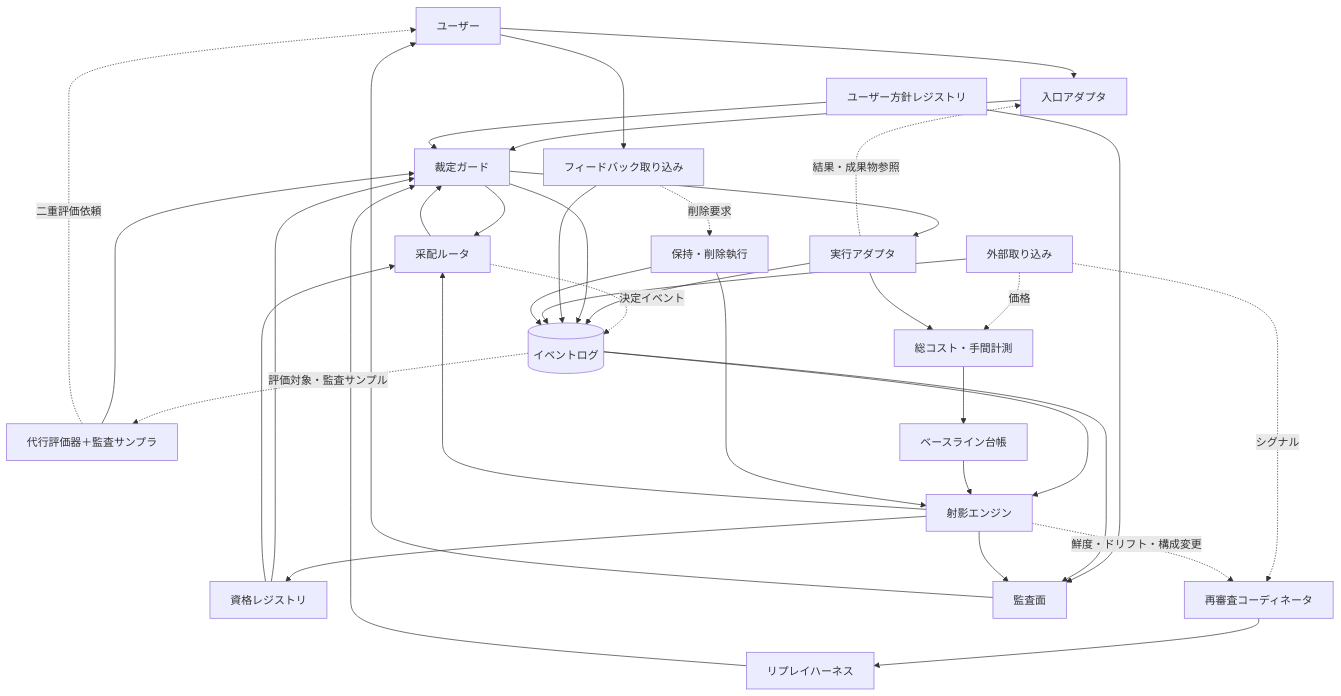
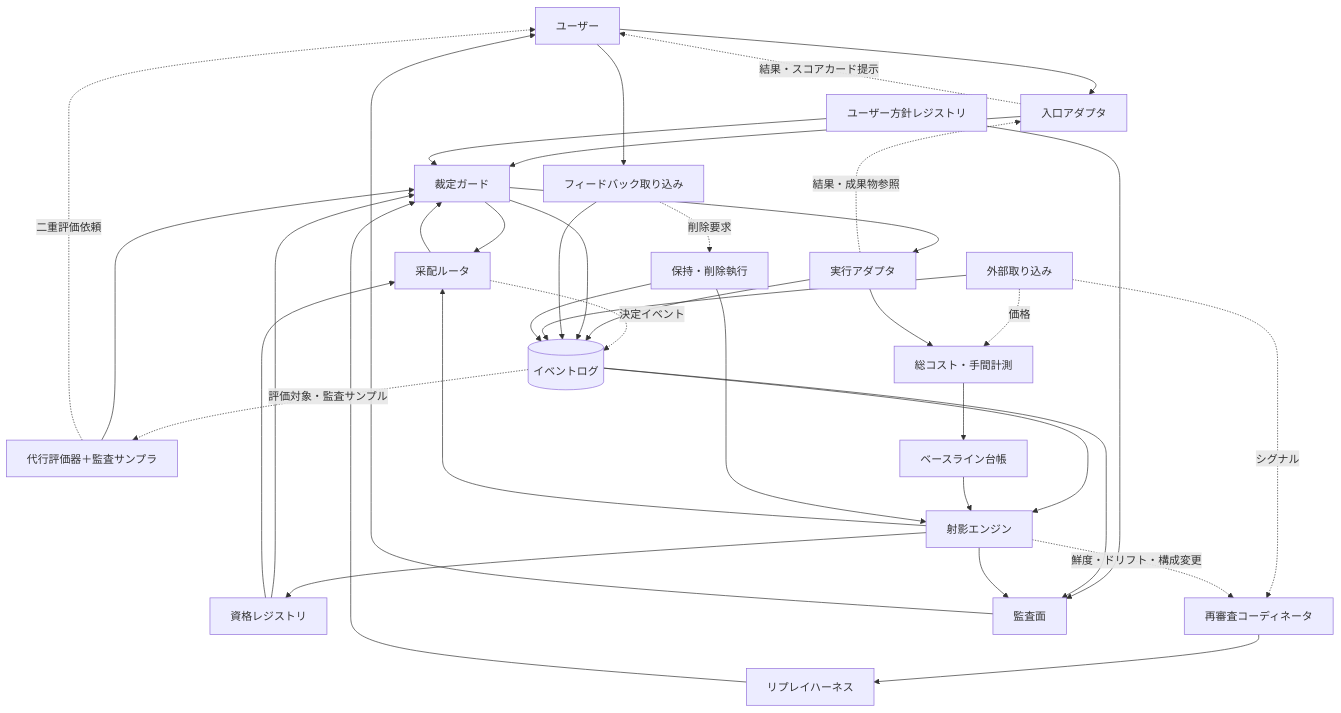
One commit to megumish/agent-dock changed the diagram in DESIGN.md. Above: the diagram before and after it, drawn with Mermaid. The commit also changed other lines of this file and 1 other file, not shown here.

````diff
--- a/DESIGN.md
+++ b/DESIGN.md
@@ -43,39 +43,40 @@
 ```mermaid
 graph TD
     U[ユーザー] --> E[入口アダプタ]
     U --> FB[フィードバック取り込み]
     E --> G[裁定ガード]
     G --> R[采配ルータ]
     R --> G
     R -. 決定イベント .-> LOG
     G --> RUN[実行アダプタ]
     RUN -. 結果・成果物参照 .-> E
+    E -. 結果・スコアカード提示 .-> U
     RUN --> LOG[(イベントログ)]
     G --> LOG
     UP[ユーザー方針レジストリ] --> G
     QR[資格レジストリ] --> G
     FB --> LOG
     FB -. 削除要求 .-> RD
     LOG -. 評価対象・監査サンプル .-> PX[代行評価器＋監査サンプラ]
     PX --> G
     PX -. 二重評価依頼 .-> U
     RP[リプレイハーネス] --> G
     EXT[外部取り込み] --> LOG
     EXT -. 価格 .-> CM
     EXT -. シグナル .-> RC
     PRJ -. 鮮度・ドリフト・構成変更 .-> RC[再審査コーディネータ]
     RC --> RP
     LOG --> PRJ[射影エンジン]
     BL[ベースライン台帳] --> PRJ
     RUN --> CM[総コスト・手間計測]
     CM --> BL
     PRJ --> QR
     PRJ --> R
     QR --> R
     RD[保持・削除執行] --> LOG
     RD --> PRJ
     UP --> AV[監査面]
     LOG --> AV
     PRJ --> AV
     AV --> U
 ```
````
